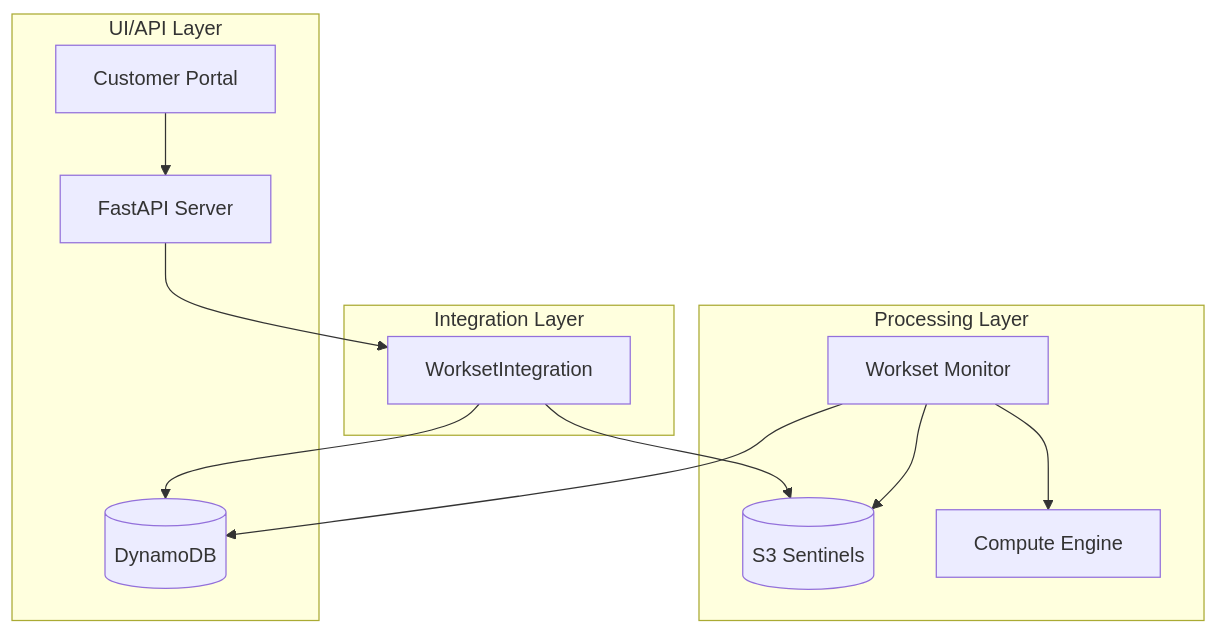
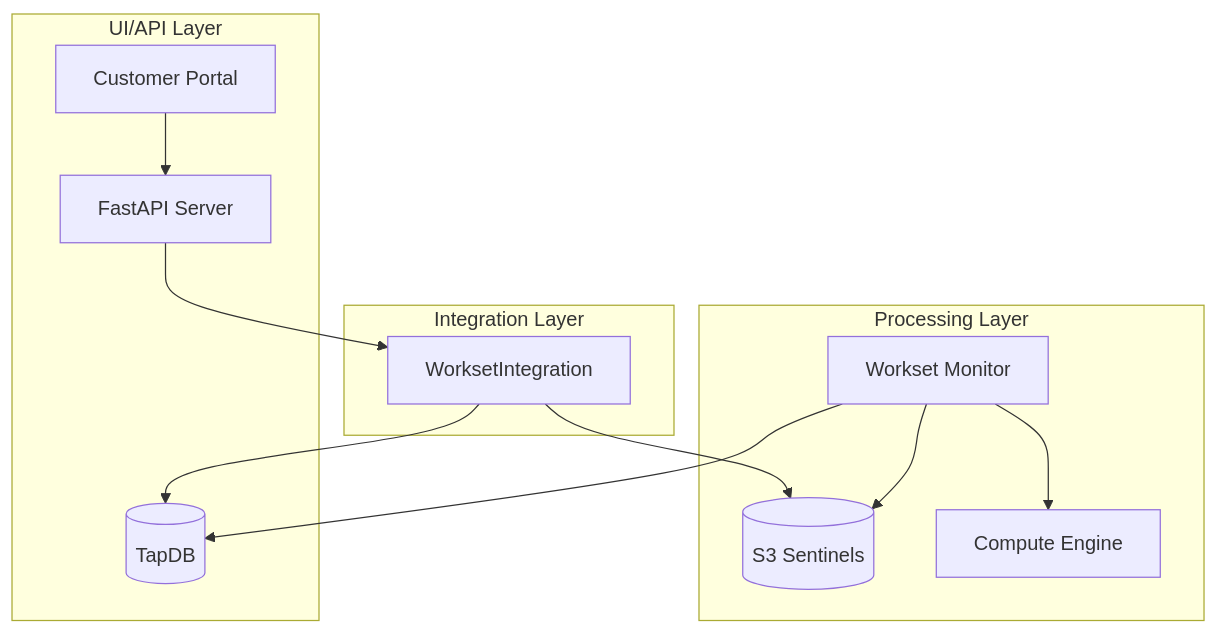
The first of 3 diagrams in docs/INTEGRATION_GUIDE.md (Daylily-Informatics/daylily-ursa), drawn with Mermaid before and after one commit. The commit also changed other lines of this file and 77 other files, not shown here.

````diff
--- a/docs/INTEGRATION_GUIDE.md
+++ b/docs/INTEGRATION_GUIDE.md
@@ -12,26 +12,26 @@
 ```mermaid
 flowchart TB
     subgraph UI["UI/API Layer"]
         Portal[Customer Portal]
         API[FastAPI Server]
-        DDB[(DynamoDB)]
+        DDB[(TapDB)]
     end
     
     subgraph Integration["Integration Layer"]
         Bridge[WorksetIntegration]
     end
     
     subgraph Processing["Processing Layer"]
         Monitor[Workset Monitor]
         S3[(S3 Sentinels)]
         Compute[Compute Engine]
     end
     
     Portal --> API
     API --> Bridge
     Bridge --> DDB
     Bridge --> S3
     Monitor --> S3
     Monitor --> DDB
     Monitor --> Compute
 ```
````
